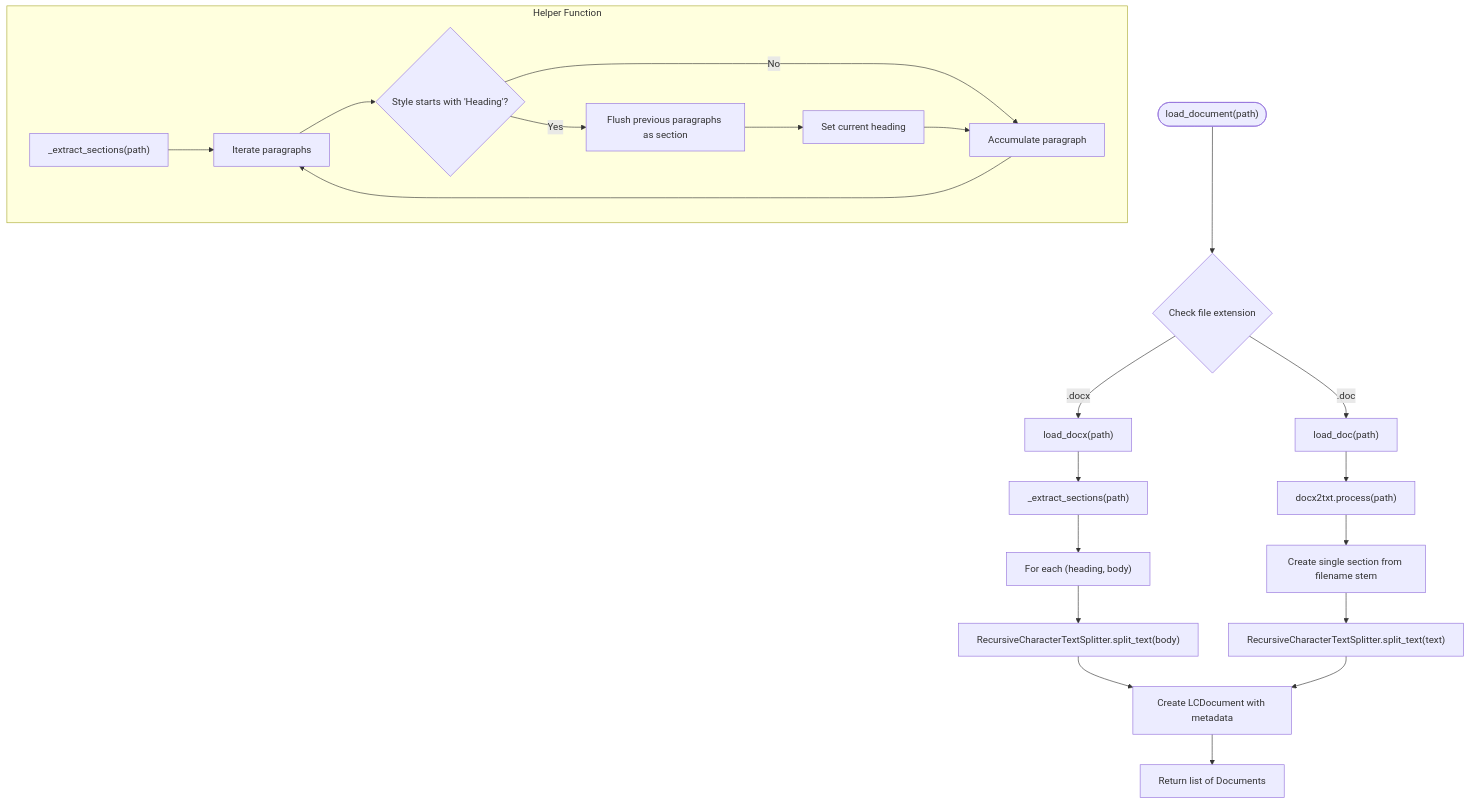
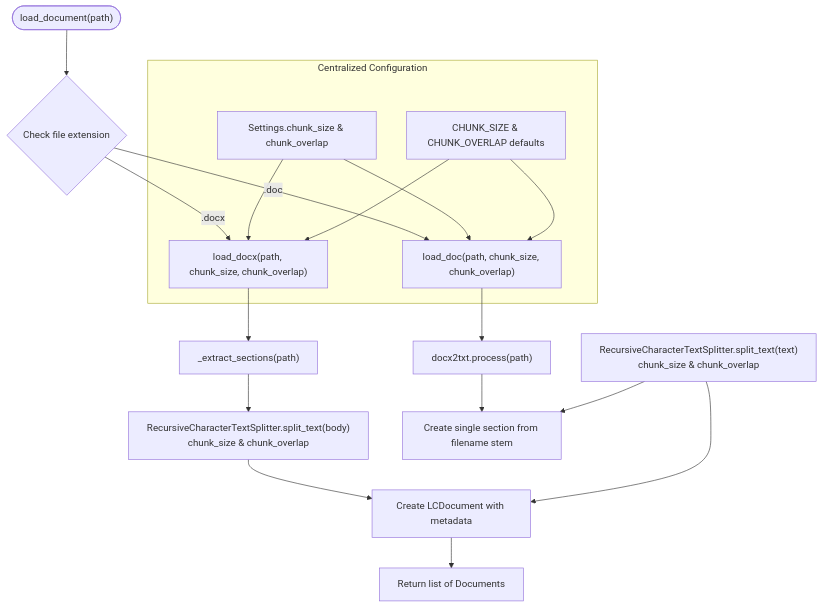
Before and after one commit to ognelis/cafetera_hr_bot: the third of 13 diagrams in .qoder/repowiki/en/content/RAG Integration/RAG Parser Enhancement.md, drawn with Mermaid. The commit also changed other lines of this file and 16 other files, not shown here.

````diff
--- a/.qoder/repowiki/en/content/RAG Integration/RAG Parser Enhancement.md
+++ b/.qoder/repowiki/en/content/RAG Integration/RAG Parser Enhancement.md
@@ -203,25 +207,22 @@
 ```mermaid
 flowchart TD
 Start(["load_document(path)"]) --> CheckExt{"Check file extension"}
-CheckExt --> |".docx"| LoadDocx["load_docx(path)"]
-CheckExt --> |".doc"| LoadDoc["load_doc(path)"]
+CheckExt --> |".docx"| LoadDocx["load_docx(path, chunk_size, chunk_overlap)"]
+CheckExt --> |".doc"| LoadDoc["load_doc(path, chunk_size, chunk_overlap)"]
 LoadDocx --> Extract["_extract_sections(path)"]
 LoadDoc --> ProcessLegacy["docx2txt.process(path)"]
-Extract --> ForEach["For each (heading, body)"]
+Extract --> Split["RecursiveCharacterTextSplitter.split_text(body)<br/>chunk_size & chunk_overlap"]
 ProcessLegacy --> CreateSection["Create single section from filename stem"]
-ForEach --> Split["RecursiveCharacterTextSplitter.split_text(body)"]
-CreateSection --> SplitLegacy["RecursiveCharacterTextSplitter.split_text(text)"]
+SplitLegacy["RecursiveCharacterTextSplitter.split_text(text)<br/>chunk_size & chunk_overlap"] --> CreateSection
 Split --> Append["Create LCDocument with metadata"]
 SplitLegacy --> Append
 Append --> Return["Return list of Documents"]
-subgraph "Helper Function"
-ExtractSections["_extract_sections(path)"]
-ExtractSections --> Iterate["Iterate paragraphs"]
-Iterate --> IsHeading{"Style starts with 'Heading'?"}
-IsHeading --> |Yes| Flush["Flush previous paragraphs as section"]
-IsHeading --> |No| Accumulate["Accumulate paragraph"]
-Flush --> SetHeading["Set current heading"]
-SetHeading --> Accumulate
-Accumulate --> Iterate
+subgraph "Centralized Configuration"
+Config["Settings.chunk_size & chunk_overlap"]
+Default["CHUNK_SIZE & CHUNK_OVERLAP defaults"]
+Config --> LoadDocx
+Config --> LoadDoc
+Default --> LoadDocx
+Default --> LoadDoc
 end
 ```
````
